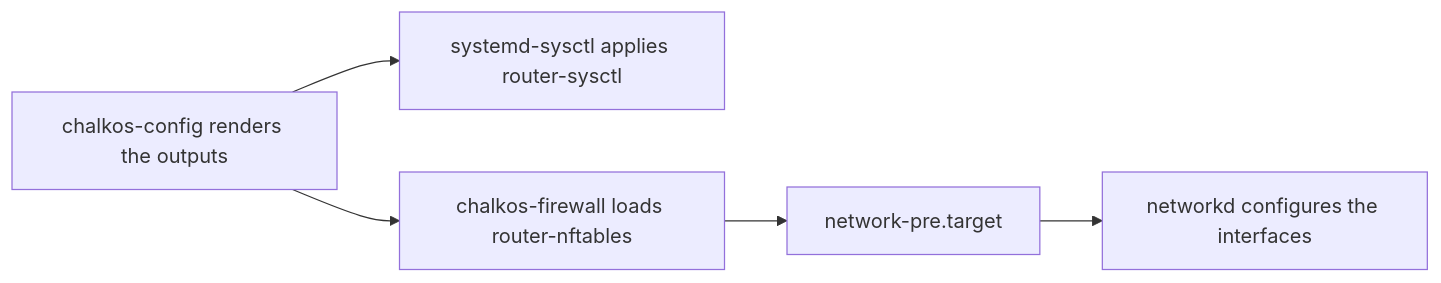
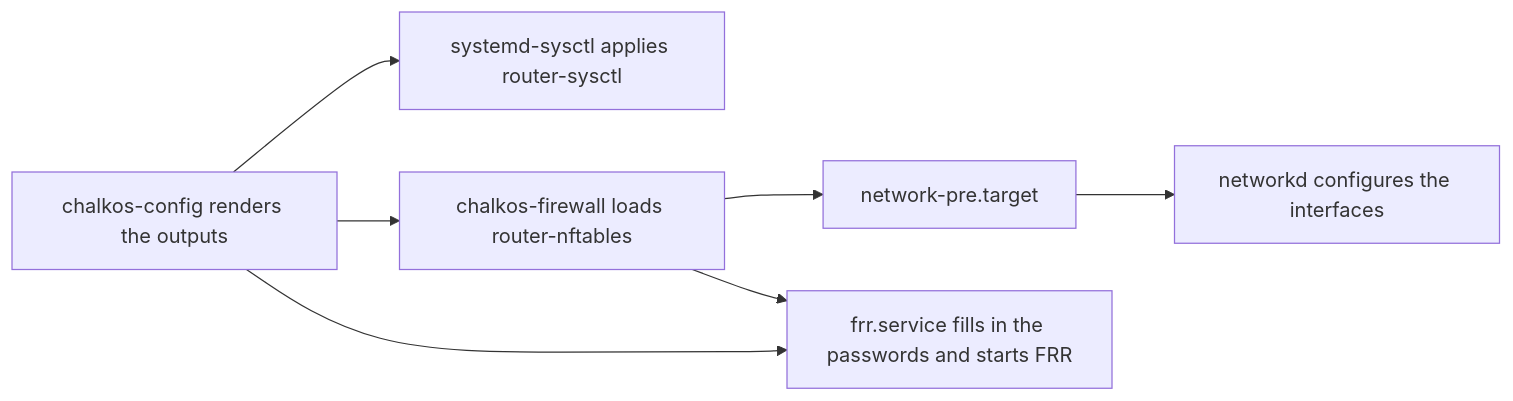
The diagram in docs/how-it-works/router/overview.md (trevex/chalkos), drawn with Mermaid before and after one commit. The commit also changed other lines of this file and 12 other files, not shown here.

````diff
--- a/docs/how-it-works/router/overview.md
+++ b/docs/how-it-works/router/overview.md
@@ -77,7 +78,9 @@
 ```mermaid
 flowchart LR
     config["chalkos-config renders the outputs"] --> sysctl["systemd-sysctl applies router-sysctl"]
     config --> firewall["chalkos-firewall loads router-nftables"]
     firewall --> pre["network-pre.target"]
     pre --> networkd["networkd configures the interfaces"]
+    config --> frr["frr.service fills in the passwords and starts FRR"]
+    firewall --> frr
 ```
````
